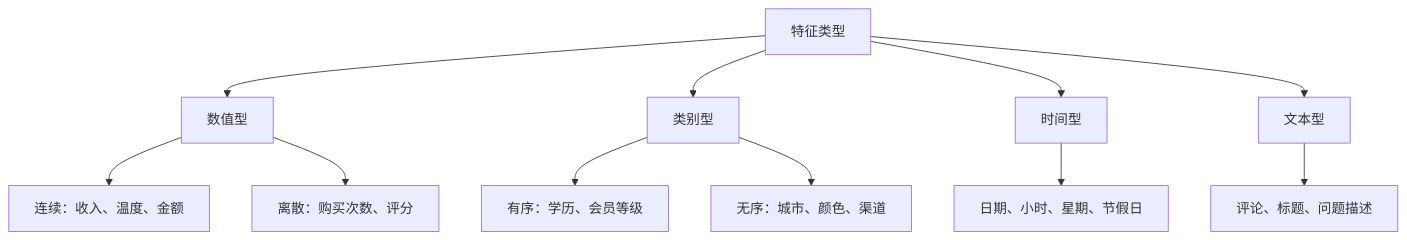
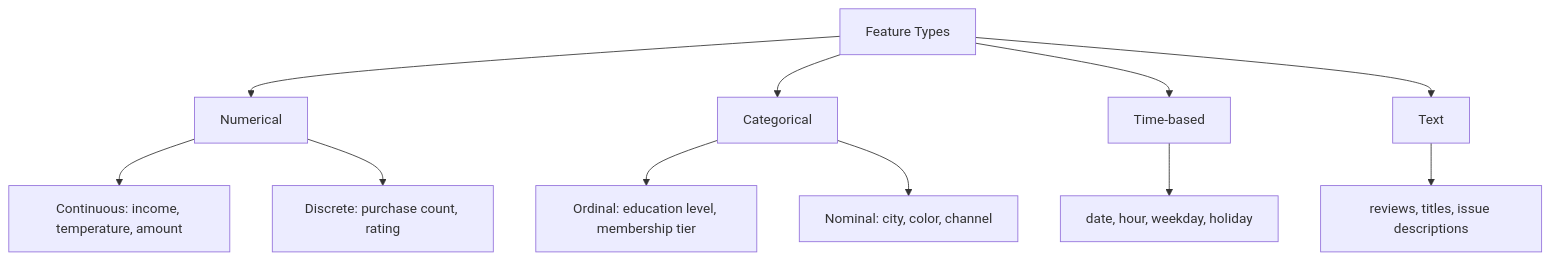
The diagram in docs/ch05-machine-learning/ch05-feature-engineering/01-feature-understanding.md (oudbiao/AI-fullstack-course), drawn with Mermaid before and after one commit. The commit also changed other lines of this file and 1406 other files, not shown here.

````diff
--- a/docs/ch05-machine-learning/ch05-feature-engineering/01-feature-understanding.md
+++ b/docs/ch05-machine-learning/ch05-feature-engineering/01-feature-understanding.md
@@ -33,13 +33,13 @@
 ```mermaid
 flowchart TD
-  F[特征类型] --> N[数值型]
-  F --> C[类别型]
-  F --> T[时间型]
-  F --> TX[文本型]
-  N --> N1[连续：收入、温度、金额]
-  N --> N2[离散：购买次数、评分]
-  C --> C1[有序：学历、会员等级]
-  C --> C2[无序：城市、颜色、渠道]
-  T --> T1[日期、小时、星期、节假日]
-  TX --> TX1[评论、标题、问题描述]
+  F[Feature Types] --> N[Numerical]
+  F --> C[Categorical]
+  F --> T[Time-based]
+  F --> TX[Text]
+  N --> N1[Continuous: income, temperature, amount]
+  N --> N2[Discrete: purchase count, rating]
+  C --> C1[Ordinal: education level, membership tier]
+  C --> C2[Nominal: city, color, channel]
+  T --> T1[date, hour, weekday, holiday]
+  TX --> TX1[reviews, titles, issue descriptions]
 ```
````
